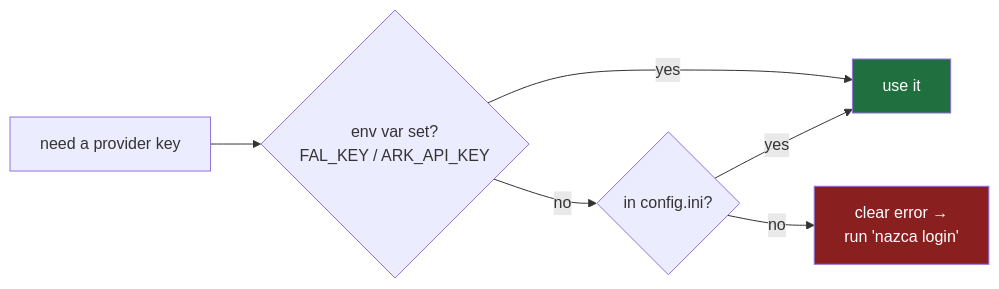
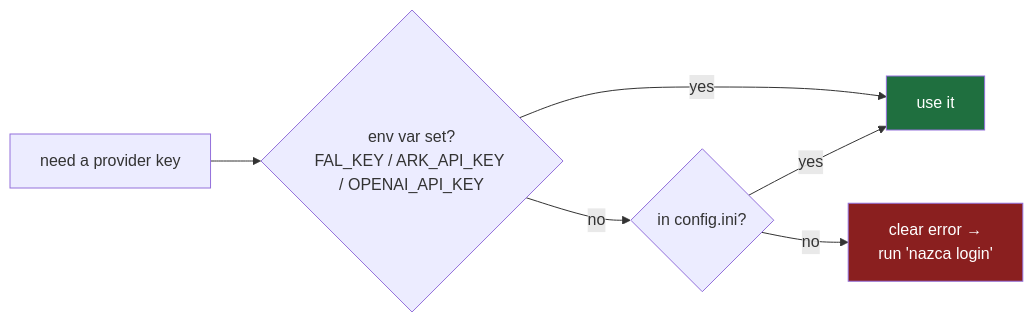
The second of 3 diagrams in README.md (Mysios-Labs-inc/nazca), drawn with Mermaid before and after one commit. The commit also changed other lines of this file and 1 other file, not shown here.

First line of the commit message:
docs: document OpenAI gpt-image-2 provider + --quality (#54)

````diff
--- a/README.md
+++ b/README.md
@@ -255,12 +268,12 @@
 ```mermaid
 flowchart LR
-    N[need a provider key] --> E{env var set?<br/>FAL_KEY / ARK_API_KEY}
+    N[need a provider key] --> E{env var set?<br/>FAL_KEY / ARK_API_KEY / OPENAI_API_KEY}
     E -->|yes| USE[use it]
     E -->|no| C{in config.ini?}
     C -->|yes| USE
     C -->|no| ERR[clear error →<br/>run 'nazca login']
     classDef ok fill:#1f6f3f,color:#fff;
     classDef err fill:#8a1f1f,color:#fff;
     class USE ok;
     class ERR err;
 ```
````
